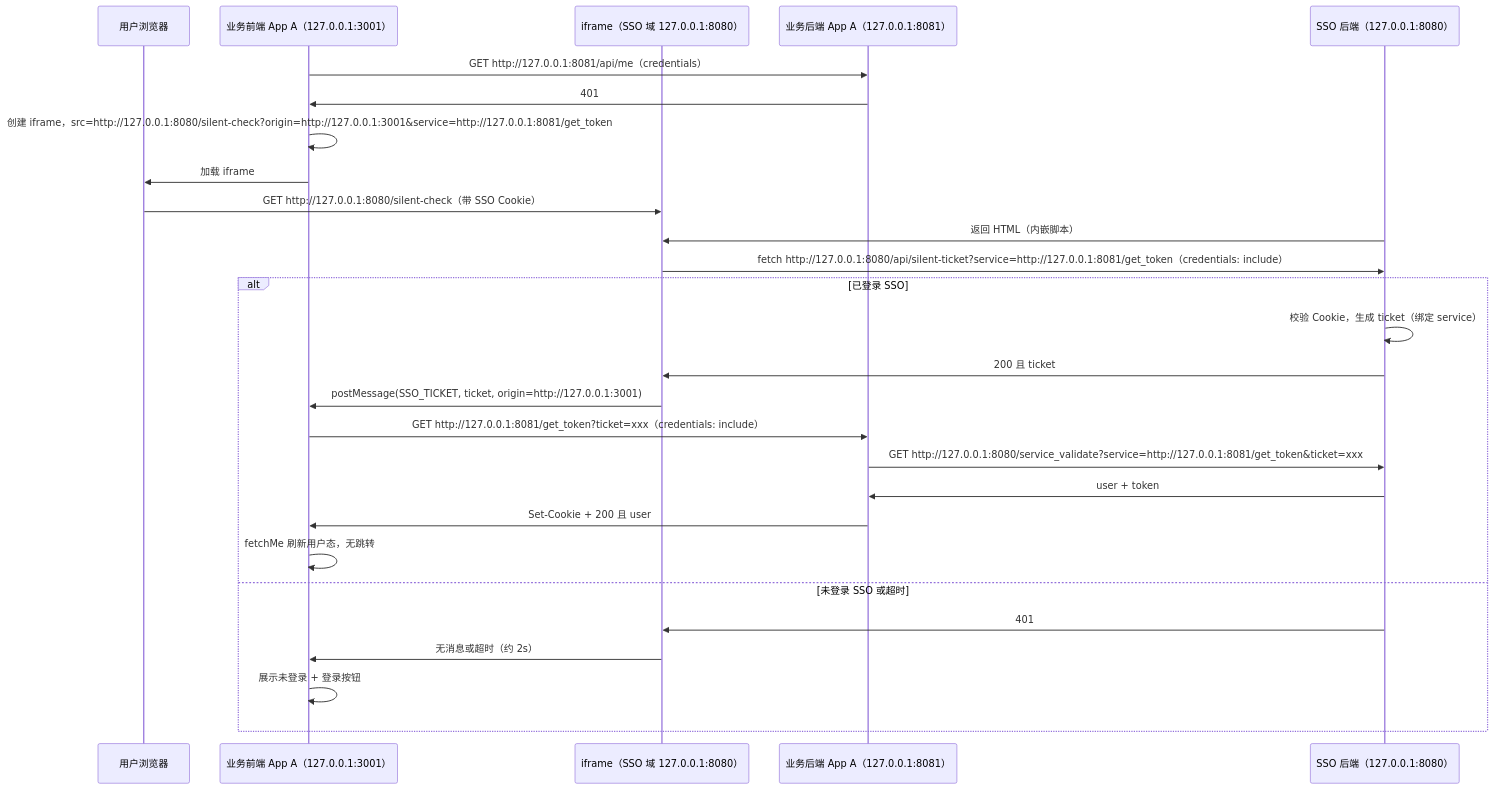
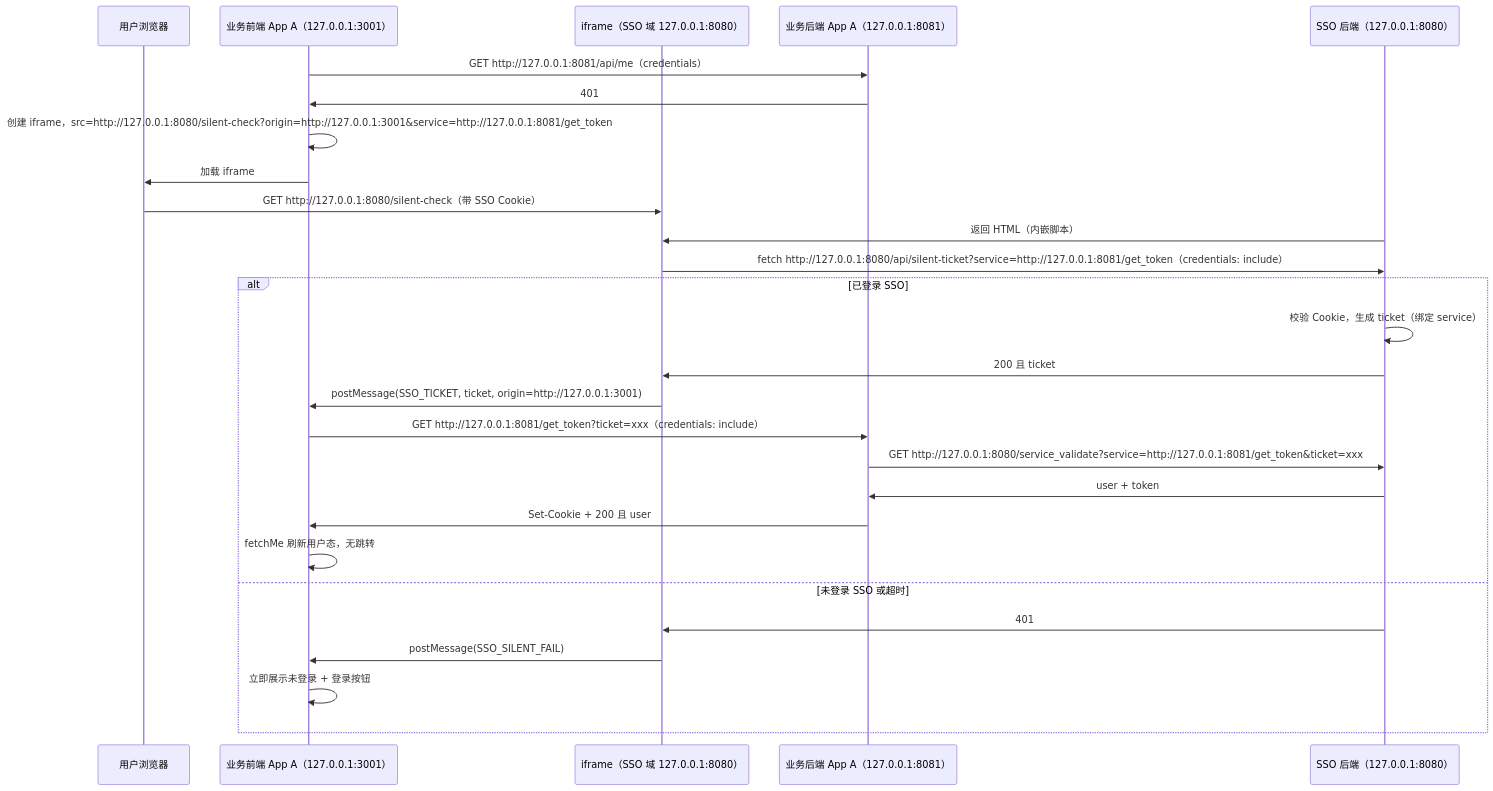
The second of 3 diagrams in sso/README.md (gw-gong/demo), drawn with Mermaid before and after one commit. The commit also changed other lines of this file and 6 other files, not shown here.

````diff
--- a/sso/README.md
+++ b/sso/README.md
@@ -63,30 +61,30 @@
 ```mermaid
 sequenceDiagram
   participant U as 用户浏览器
   participant F as 业务前端 App A（127.0.0.1:3001）
   participant Iframe as iframe（SSO 域 127.0.0.1:8080）
   participant B as 业务后端 App A（127.0.0.1:8081）
   participant SB as SSO 后端（127.0.0.1:8080）
 
   F->>B: GET http://127.0.0.1:8081/api/me（credentials）
   B->>F: 401
   F->>F: 创建 iframe，src=http://127.0.0.1:8080/silent-check?origin=http://127.0.0.1:3001&service=http://127.0.0.1:8081/get_token
   F->>U: 加载 iframe
   U->>Iframe: GET http://127.0.0.1:8080/silent-check（带 SSO Cookie）
   SB->>Iframe: 返回 HTML（内嵌脚本）
   Iframe->>SB: fetch http://127.0.0.1:8080/api/silent-ticket?service=http://127.0.0.1:8081/get_token（credentials: include）
   alt 已登录 SSO
     SB->>SB: 校验 Cookie，生成 ticket（绑定 service）
     SB->>Iframe: 200 且 ticket
     Iframe->>F: postMessage(SSO_TICKET, ticket, origin=http://127.0.0.1:3001)
     F->>B: GET http://127.0.0.1:8081/get_token?ticket=xxx（credentials: include）
     B->>SB: GET http://127.0.0.1:8080/service_validate?service=http://127.0.0.1:8081/get_token&ticket=xxx
     SB->>B: user + token
     B->>F: Set-Cookie + 200 且 user
     F->>F: fetchMe 刷新用户态，无跳转
   else 未登录 SSO 或超时
     SB->>Iframe: 401
-    Iframe->>F: 无消息或超时（约 2s）
-    F->>F: 展示未登录 + 登录按钮
+    Iframe->>F: postMessage(SSO_SILENT_FAIL)
+    F->>F: 立即展示未登录 + 登录按钮
   end
 ```
````
